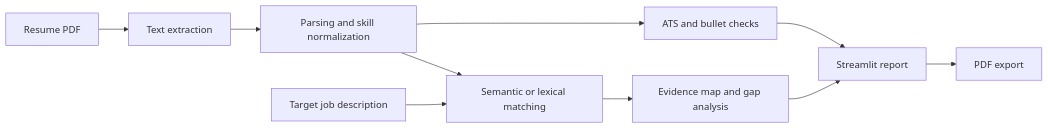
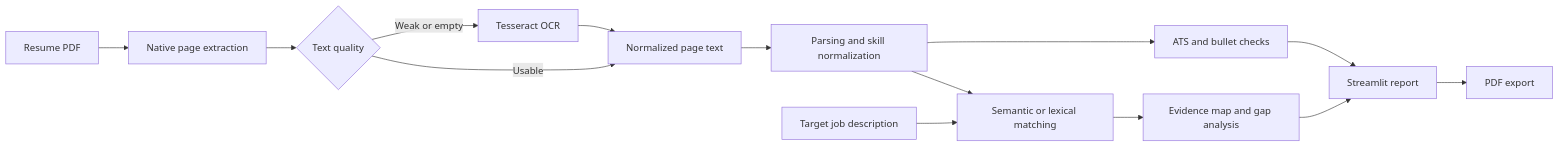
The first of 2 diagrams in README.md (rammohanrediee/AI-Resume-Analyzer), drawn with Mermaid before and after one commit. The commit also changed other lines of this file and 7 other files, not shown here.

Commit message:
improve resume PDF extraction

````diff
--- a/README.md
+++ b/README.md
@@ -61,12 +63,16 @@
 ```mermaid
 flowchart LR
-    A[Resume PDF] --> B[Text extraction]
-    B --> C[Parsing and skill normalization]
-    D[Target job description] --> E[Semantic or lexical matching]
-    C --> E
-    C --> F[ATS and bullet checks]
-    E --> G[Evidence map and gap analysis]
-    F --> H[Streamlit report]
-    G --> H
-    H --> I[PDF export]
+    A[Resume PDF] --> B[Native page extraction]
+    B --> C{Text quality}
+    C -->|Usable| D[Normalized page text]
+    C -->|Weak or empty| E[Tesseract OCR]
+    E --> D
+    D --> F[Parsing and skill normalization]
+    G[Target job description] --> H[Semantic or lexical matching]
+    F --> H
+    F --> I[ATS and bullet checks]
+    H --> J[Evidence map and gap analysis]
+    I --> K[Streamlit report]
+    J --> K
+    K --> L[PDF export]
 ```
````
